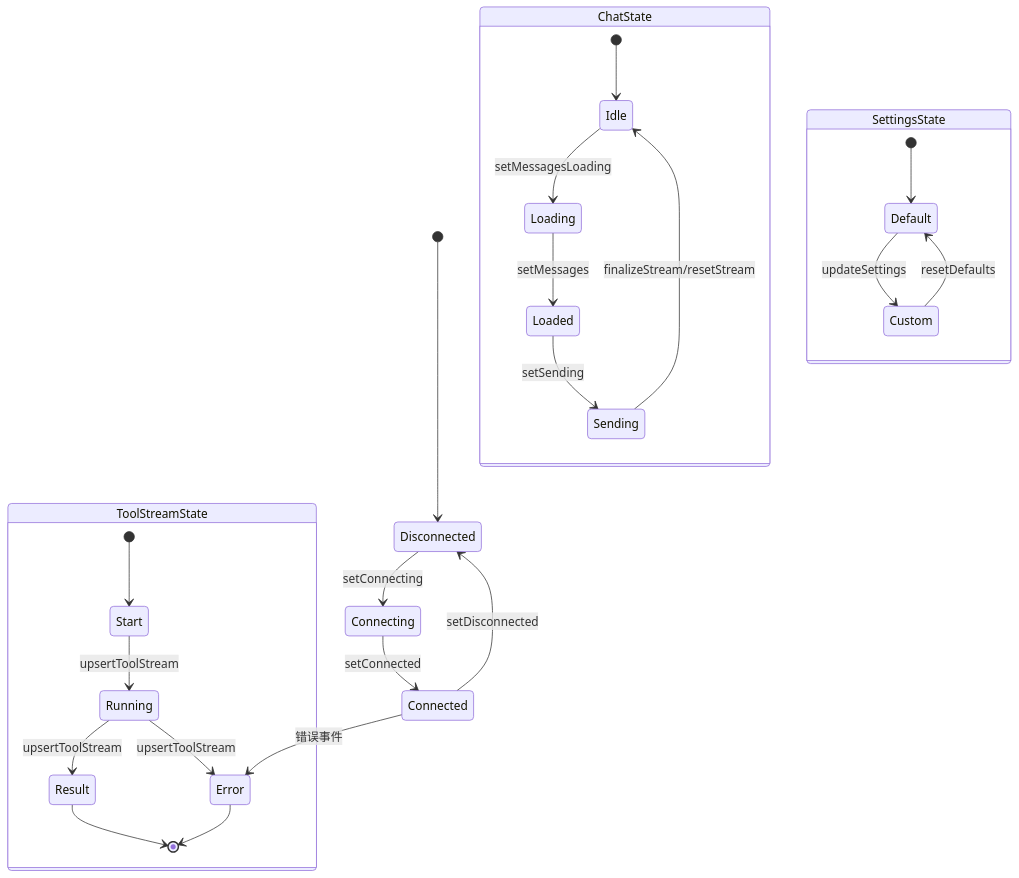
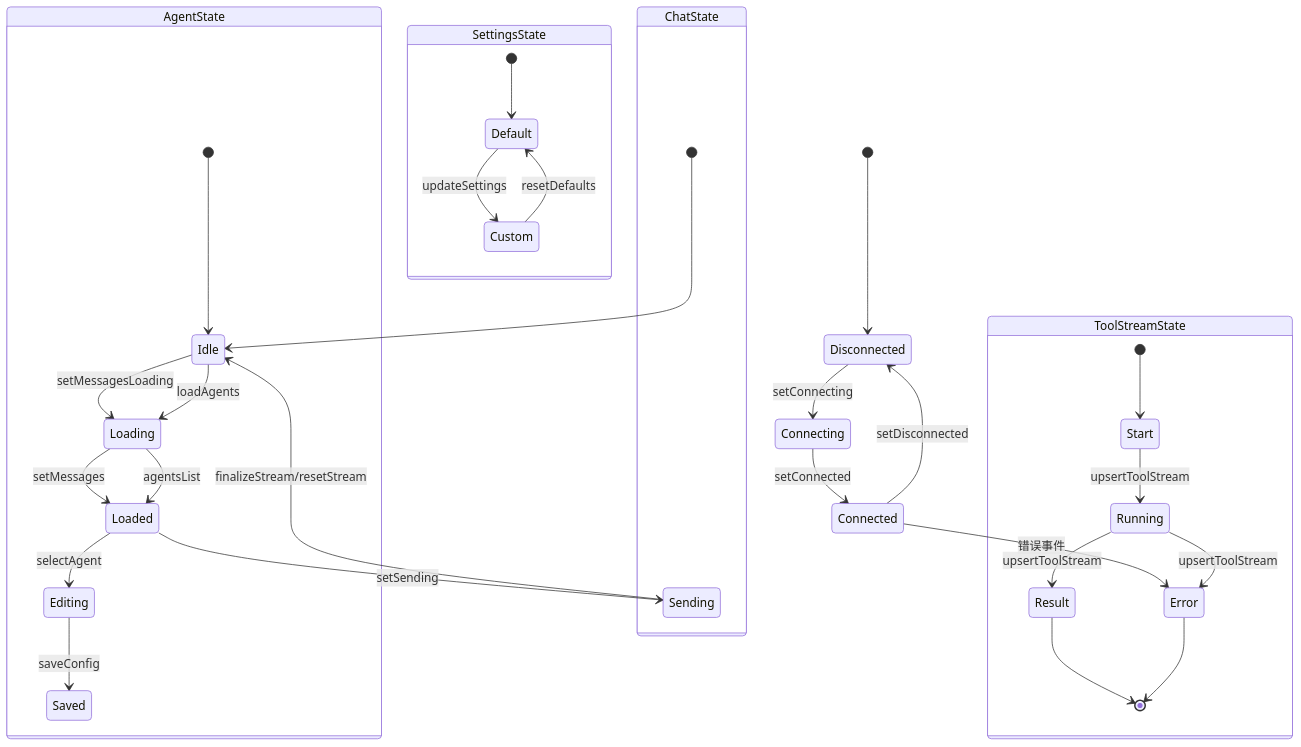
One commit to verse-ai-org/openclaw changed diagram 11 of 17 in .qoder/repowiki/zh/content/Web界面/WebChat界面/WebChat界面.md. Above: the diagram before and after it, drawn with Mermaid. The commit also changed other lines of this file and 55 other files, not shown here.

````diff
--- a/.qoder/repowiki/zh/content/Web界面/WebChat界面/WebChat界面.md
+++ b/.qoder/repowiki/zh/content/Web界面/WebChat界面/WebChat界面.md
@@ -350,28 +491,35 @@
 ```mermaid
 stateDiagram-v2
 [*] --> Disconnected
 Disconnected --> Connecting : setConnecting
 Connecting --> Connected : setConnected
 Connected --> Disconnected : setDisconnected
 Connected --> Error : 错误事件
 state ChatState {
 [*] --> Idle
 Idle --> Loading : setMessagesLoading
 Loading --> Loaded : setMessages
 Loaded --> Sending : setSending
 Sending --> Idle : finalizeStream/resetStream
+}
+state AgentState {
+[*] --> Idle
+Idle --> Loading : loadAgents
+Loading --> Loaded : agentsList
+Loaded --> Editing : selectAgent
+Editing --> Saved : saveConfig
 }
 state ToolStreamState {
 [*] --> Start
 Start --> Running : upsertToolStream
 Running --> Result : upsertToolStream
 Running --> Error : upsertToolStream
 Result --> [*]
 Error --> [*]
 }
 state SettingsState {
 [*] --> Default
 Default --> Custom : updateSettings
 Custom --> Default : resetDefaults
 }
 ```
````
